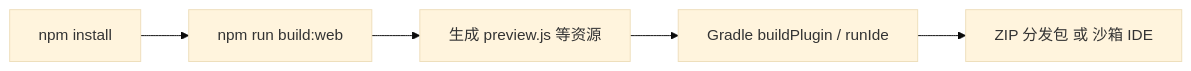
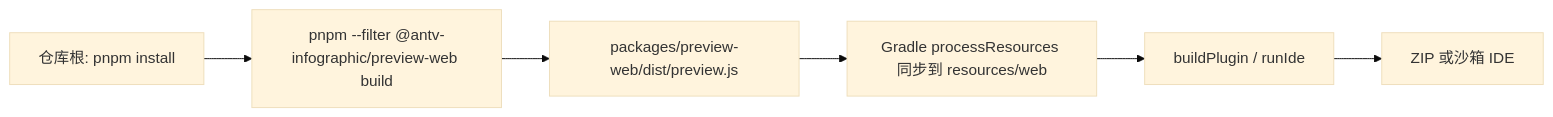
One commit to liushoukun/antv-infographic-markdown-preview-plugins changed the diagram in apps/jetbrains-plugin/README.md. Above: the diagram before and after it, drawn with Mermaid (base theme). The commit also changed other lines of this file and 43 other files, not shown here.

First line of the commit message:
重构：pnpm monorepo，抽取 preview-web，迁移 VS Code 扩展至 apps

````diff
--- a/apps/jetbrains-plugin/README.md
+++ b/apps/jetbrains-plugin/README.md
@@ -27,7 +27,8 @@
 ```mermaid
 flowchart LR
-  A[npm install] --> B[npm run build:web]
-  B --> C[生成 preview.js 等资源]
-  C --> D[Gradle buildPlugin / runIde]
-  D --> E[ZIP 分发包 或 沙箱 IDE]
+  A[仓库根: pnpm install] --> B[pnpm --filter @antv-infographic/preview-web build]
+  B --> C[packages/preview-web/dist/preview.js]
+  C --> D[Gradle processResources 同步到 resources/web]
+  D --> E[buildPlugin / runIde]
+  E --> F[ZIP 或沙箱 IDE]
 ```
````
